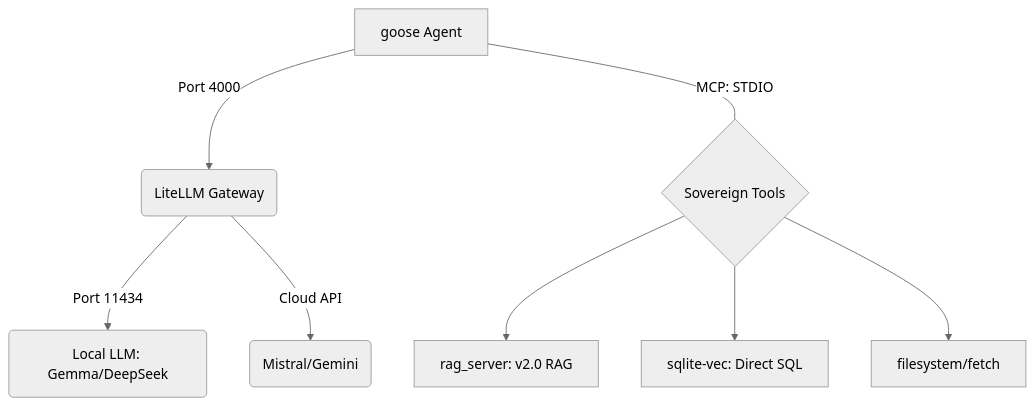
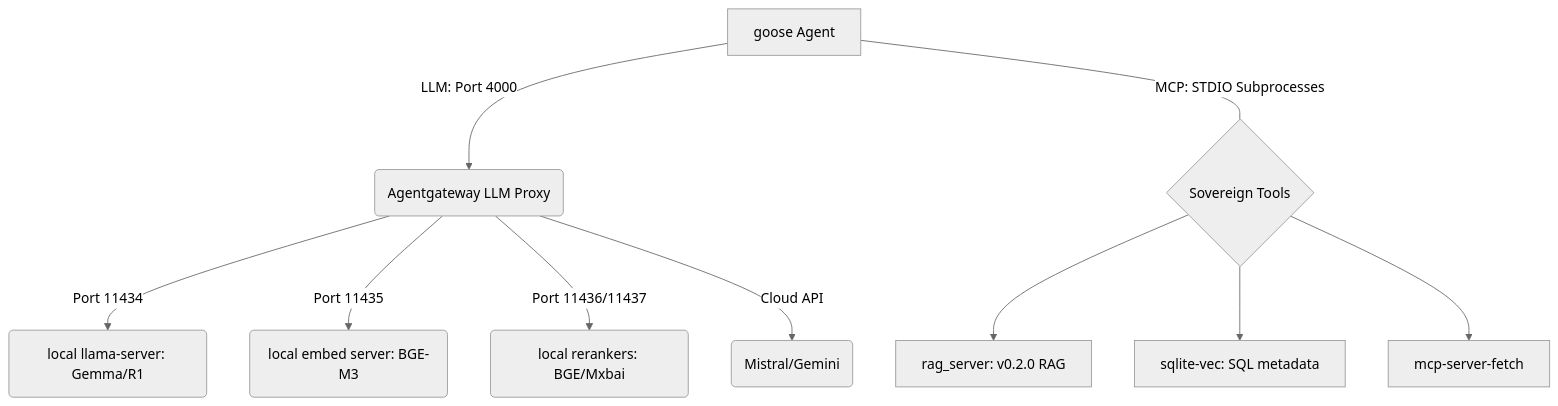
The diagram in README.md (bengtfrost/rag-bge-tokeniser), drawn with Mermaid (neutral theme) before and after one commit. The commit also changed other lines of this file and 2 other files, not shown here.

Commit message:
Update RAG stack to v0.2.0: Migrate to Agentgateway, integrate query expansion middleware, and modernize typing annotations

````diff
--- a/README.md
+++ b/README.md
@@ -18,10 +24,12 @@
 ```mermaid
 graph TD
-    A[goose Agent] -->|Port 4000| B(LiteLLM Gateway)
-    B -->|Port 11434| C(Local LLM: Gemma/DeepSeek)
-    B -->|Cloud API| D(Mistral/Gemini)
-    A --- |MCP: STDIO| E{Sovereign Tools}
-    E --> G1[rag_server: v2.0 RAG]
-    E --> G2[sqlite-vec: Direct SQL]
-    E --> G3[filesystem/fetch]
+    A[goose Agent] -->|LLM: Port 4000| B(Agentgateway LLM Proxy)
+    B -->|Port 11434| C(local llama-server: Gemma/R1)
+    B -->|Port 11435| D(local embed server: BGE-M3)
+    B -->|Port 11436/11437| E(local rerankers: BGE/Mxbai)
+    B -->|Cloud API| F(Mistral/Gemini)
+    A --- |MCP: STDIO Subprocesses| G{Sovereign Tools}
+    G --> H1[rag_server: v0.2.0 RAG]
+    G --> H2[sqlite-vec: SQL metadata]
+    G --> H3[mcp-server-fetch]
 ```
````
